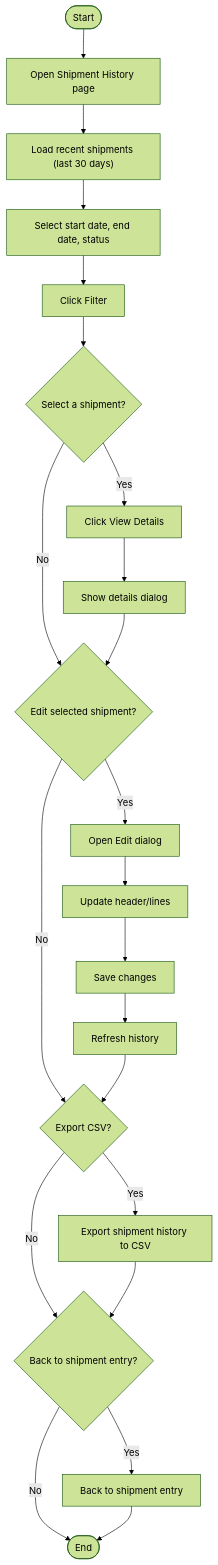
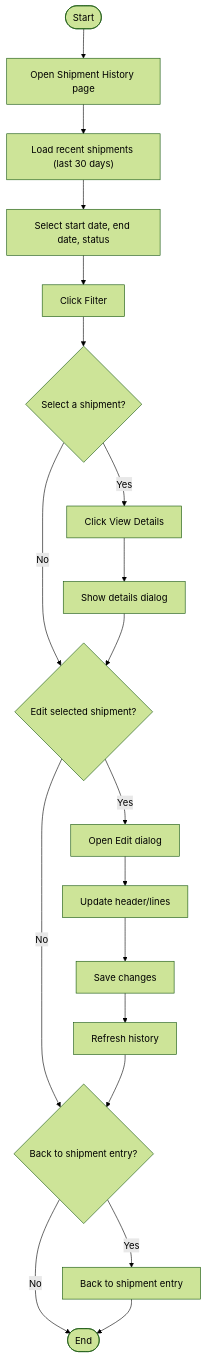
Before and after one commit to JDKoll1982/MTM_Receiving_Application: the diagram in Module_Volvo/WorkflowDiagrams/Workflow_Volvo_History.md, drawn with Mermaid (forest theme). The commit also changed other lines of this file and 26 other files, not shown here.

First line of the commit message:
refactor: Remove CSV export functionality for parts and shipments

````diff
--- a/Module_Volvo/WorkflowDiagrams/Workflow_Volvo_History.md
+++ b/Module_Volvo/WorkflowDiagrams/Workflow_Volvo_History.md
@@ -5,28 +5,24 @@
 ```mermaid
 flowchart TD
     Start([Start]) --> Open[Open Shipment History page]
     Open --> LoadRecent["Load recent shipments (last 30 days)"]
     LoadRecent --> SelectFilters[Select start date, end date, status]
     SelectFilters --> Filter[Click Filter]
 
     Filter --> Selected{Select a shipment?}
     Selected -- Yes --> ViewDetails[Click View Details]
     ViewDetails --> ShowDialog[Show details dialog]
     Selected -- No --> EditSelected{Edit selected shipment?}
     ShowDialog --> EditSelected
 
     EditSelected -- Yes --> OpenEdit[Open Edit dialog]
     OpenEdit --> UpdateData[Update header/lines]
     UpdateData --> SaveChanges[Save changes]
     SaveChanges --> Refresh[Refresh history]
-    EditSelected -- No --> ExportCsv{Export CSV?}
-    Refresh --> ExportCsv
-
-    ExportCsv -- Yes --> Export[Export shipment history to CSV]
-    ExportCsv -- No --> Back{Back to shipment entry?}
-    Export --> Back
+    EditSelected -- No --> Back{Back to shipment entry?}
+    Refresh --> Back
 
     Back -- Yes --> GoBack[Back to shipment entry]
     Back -- No --> End([End])
     GoBack --> End
 ```
````
